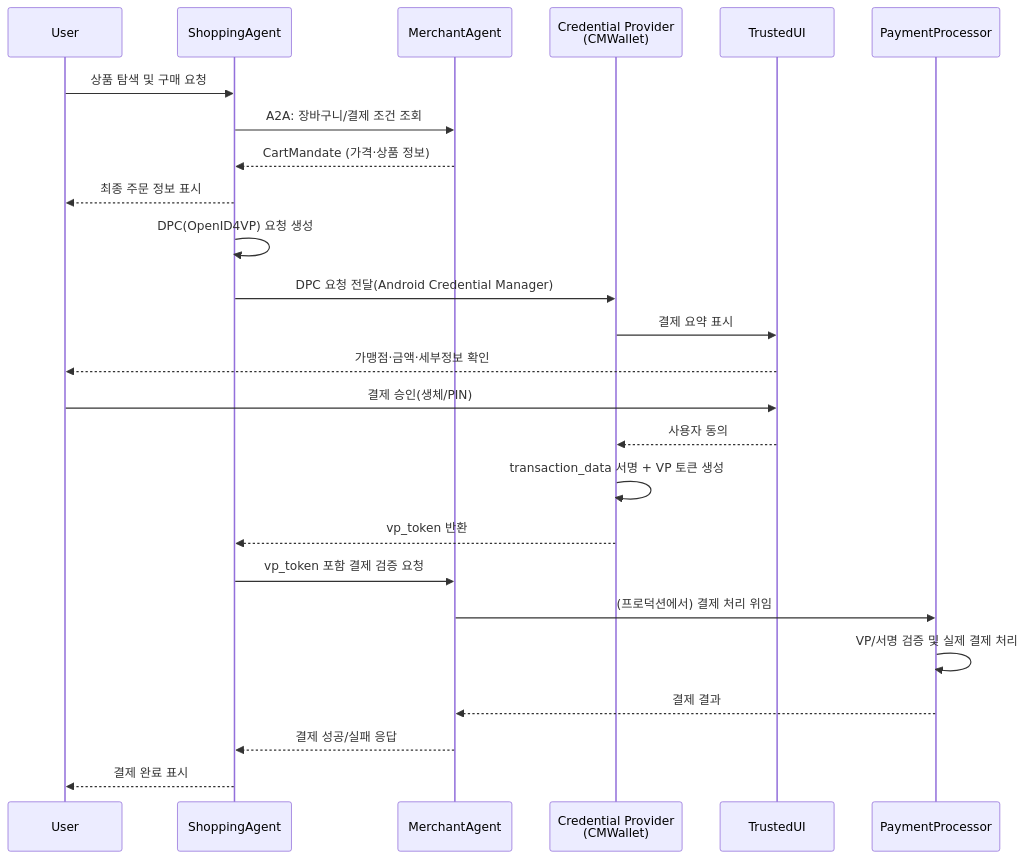
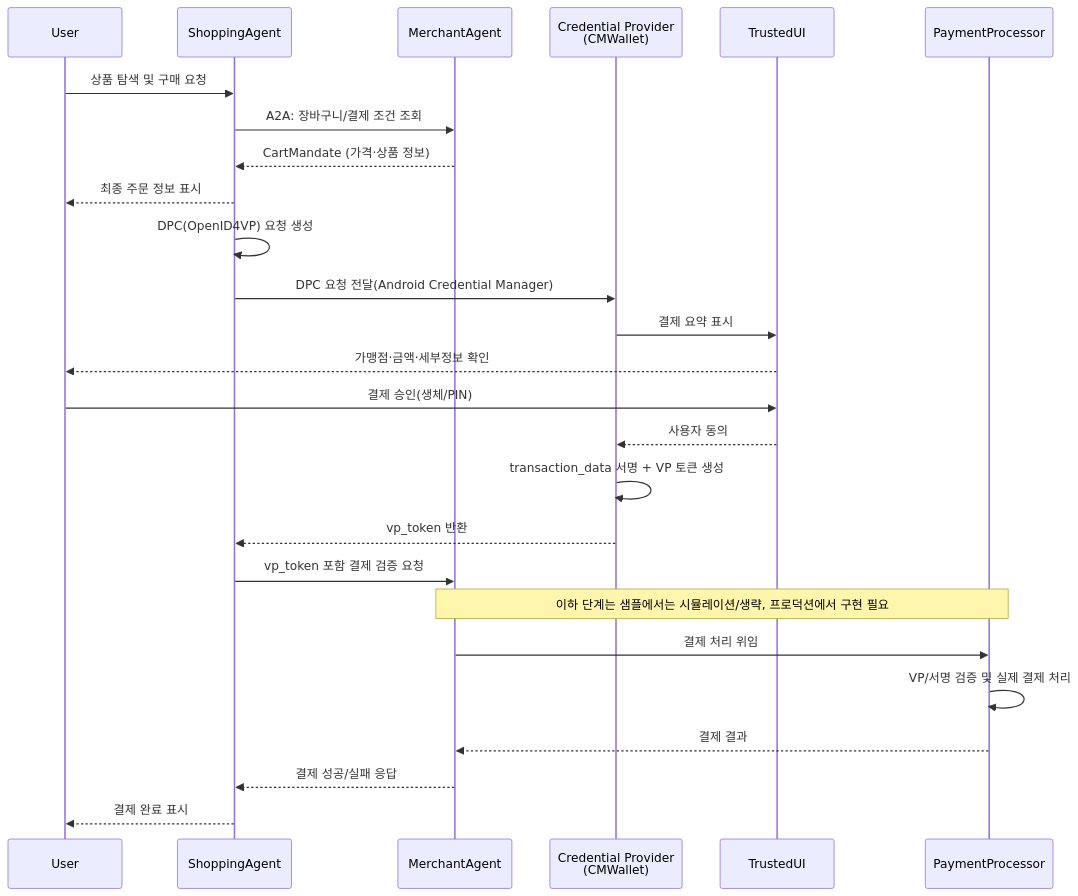
One commit to kukgini/kukgini.github.io changed the second of 3 diagrams in src/ap2/ap2-samples.md. Above: the diagram before and after it, drawn with Mermaid. The commit also changed other lines of this file, not shown here.

Commit message:
Clarify DPC sequence about delegated payment processing

`````diff
--- a/src/ap2/ap2-samples.md
+++ b/src/ap2/ap2-samples.md
@@ -80,31 +80,34 @@
 ```{mermaid}
 sequenceDiagram
     participant User
     participant ShoppingAgent
     participant MerchantAgent
     participant CredentialProvider as Credential Provider<br/>(CMWallet)
     participant TrustedUI
     participant PaymentProcessor
 
     User->>ShoppingAgent: 상품 탐색 및 구매 요청
     ShoppingAgent->>MerchantAgent: A2A: 장바구니/결제 조건 조회
     MerchantAgent-->>ShoppingAgent: CartMandate (가격·상품 정보)
     ShoppingAgent-->>User: 최종 주문 정보 표시
 
     ShoppingAgent->>ShoppingAgent: DPC(OpenID4VP) 요청 생성
     ShoppingAgent->>CredentialProvider: DPC 요청 전달(Android Credential Manager)
 
     CredentialProvider->>TrustedUI: 결제 요약 표시
     TrustedUI-->>User: 가맹점·금액·세부정보 확인
     User->>TrustedUI: 결제 승인(생체/PIN)
     TrustedUI-->>CredentialProvider: 사용자 동의
     CredentialProvider->>CredentialProvider: transaction_data 서명 + VP 토큰 생성
     CredentialProvider-->>ShoppingAgent: vp_token 반환
 
     ShoppingAgent->>MerchantAgent: vp_token 포함 결제 검증 요청
-    MerchantAgent->>PaymentProcessor: (프로덕션에서) 결제 처리 위임
+
+    Note over MerchantAgent,PaymentProcessor: 이하 단계는 샘플에서는 시뮬레이션/생략, 프로덕션에서 구현 필요
+    
+    MerchantAgent->>PaymentProcessor: 결제 처리 위임
     PaymentProcessor->>PaymentProcessor: VP/서명 검증 및 실제 결제 처리
     PaymentProcessor-->>MerchantAgent: 결제 결과
     MerchantAgent-->>ShoppingAgent: 결제 성공/실패 응답
     ShoppingAgent-->>User: 결제 완료 표시
 ````
`````
